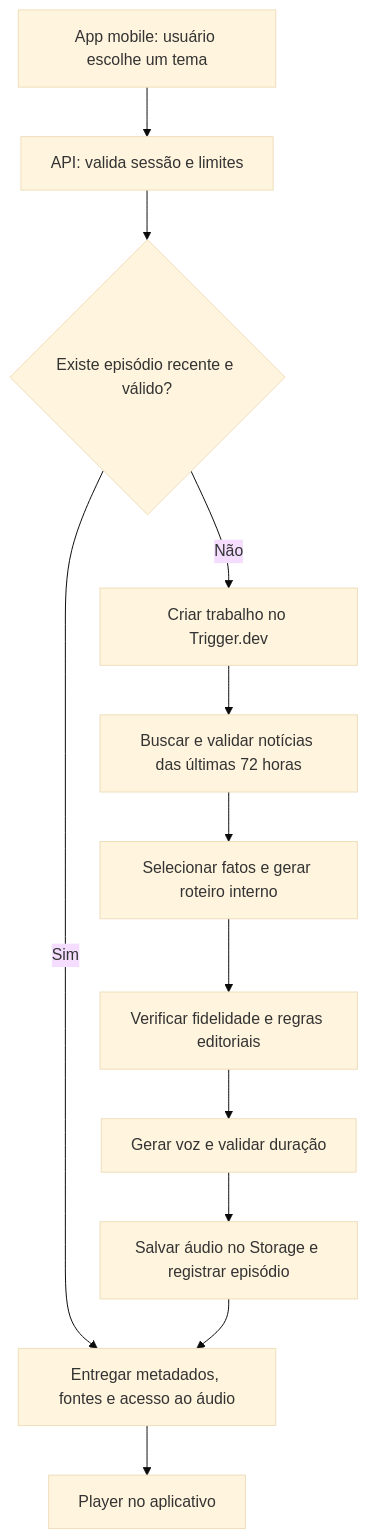
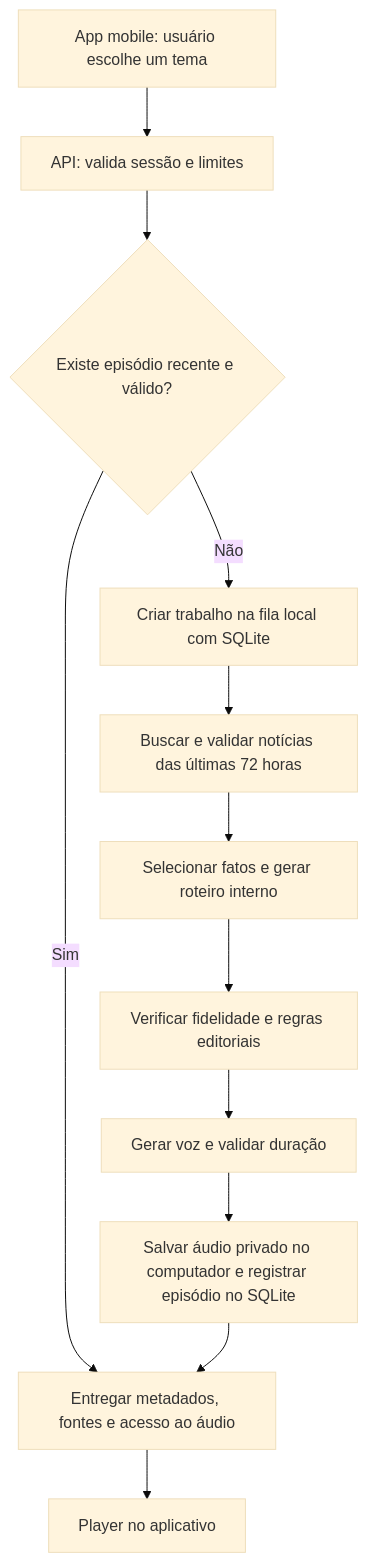
One commit to BanguelaDev/axiom changed the diagram in AXIOM-roadmap.md. Above: the diagram before and after it, drawn with Mermaid (base theme). The commit also changed other lines of this file and 21 other files, not shown here.

First line of the commit message:
Etapa 9: preserva o estado do servidor local com SQLite

````diff
--- a/AXIOM-roadmap.md
+++ b/AXIOM-roadmap.md
@@ -161,14 +163,14 @@
 ```mermaid
 flowchart TD
     A[App mobile: usuário escolhe um tema] --> B[API: valida sessão e limites]
     B --> C{Existe episódio recente e válido?}
     C -->|Sim| J[Entregar metadados, fontes e acesso ao áudio]
-    C -->|Não| D[Criar trabalho no Trigger.dev]
+    C -->|Não| D[Criar trabalho na fila local com SQLite]
     D --> E[Buscar e validar notícias das últimas 72 horas]
     E --> F[Selecionar fatos e gerar roteiro interno]
     F --> G[Verificar fidelidade e regras editoriais]
     G --> H[Gerar voz e validar duração]
-    H --> I[Salvar áudio no Storage e registrar episódio]
+    H --> I[Salvar áudio privado no computador e registrar episódio no SQLite]
     I --> J
     J --> K[Player no aplicativo]
 ```
````
